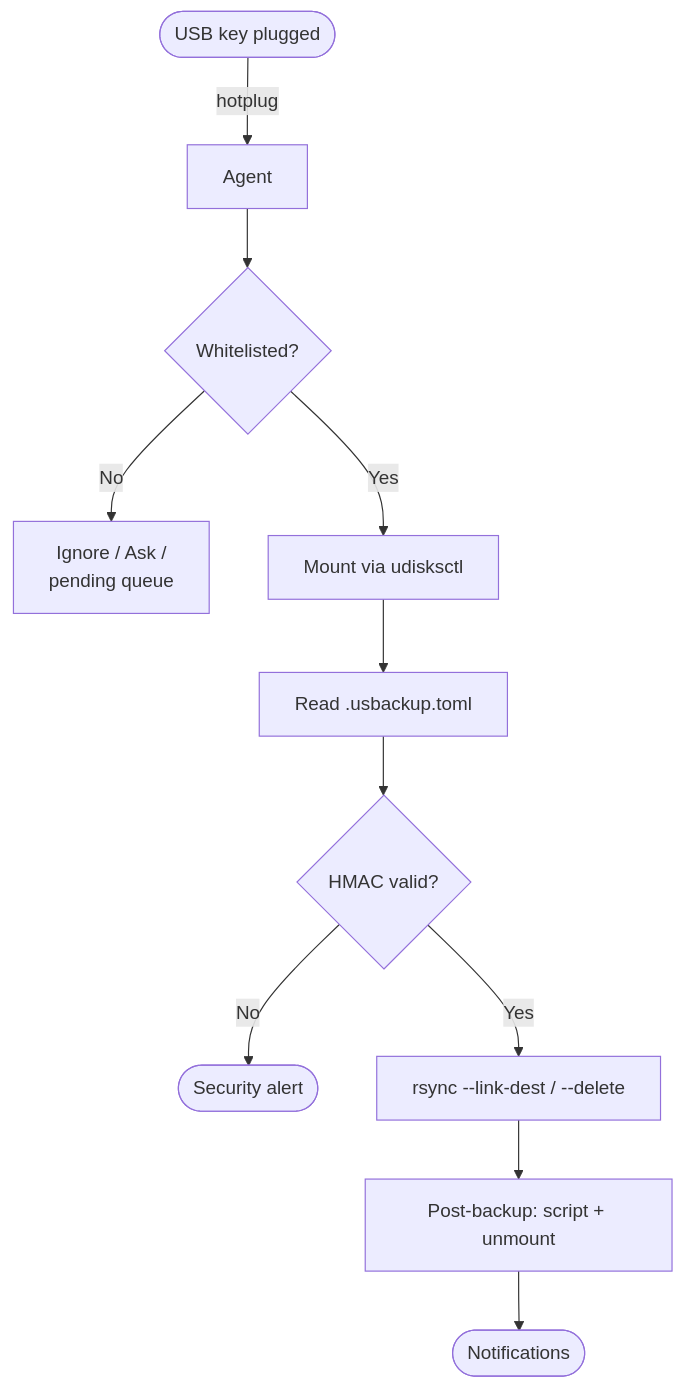
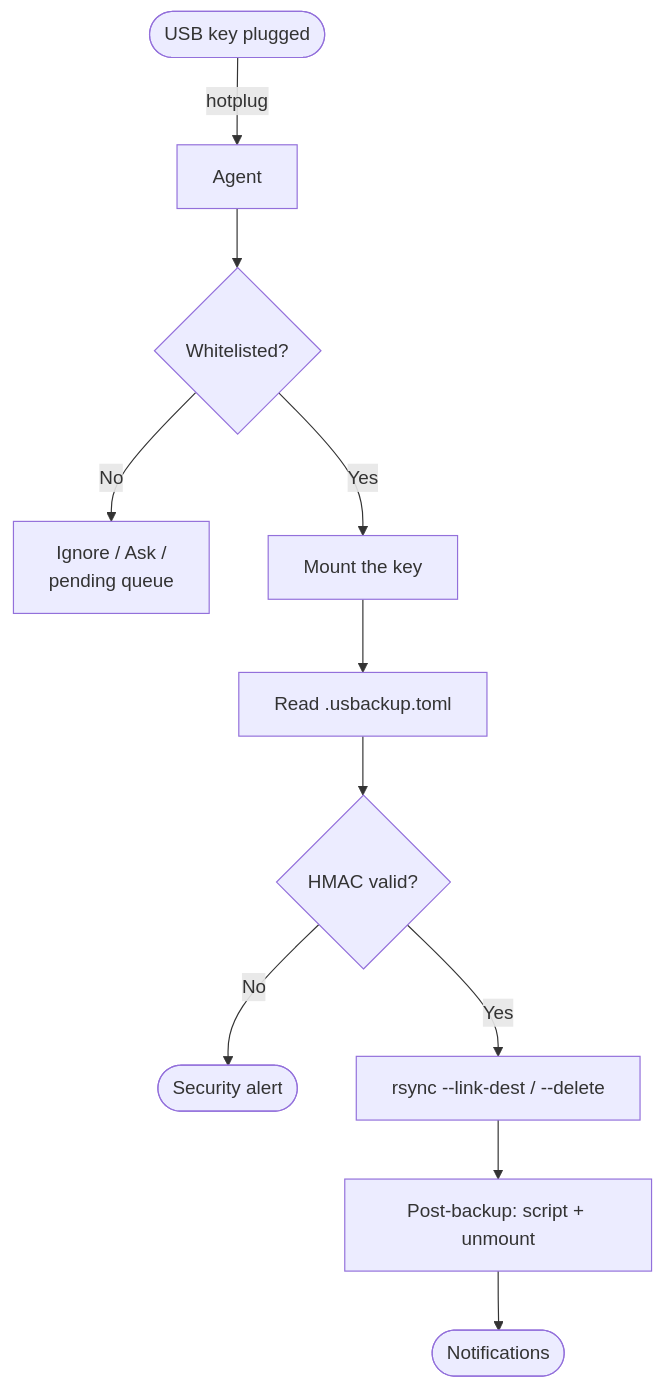
Before and after one commit to YoannDev90/USBackup: the diagram in README.md, drawn with Mermaid. The commit also changed other lines of this file and 3 other files, not shown here.

````diff
--- a/README.md
+++ b/README.md
@@ -174,13 +102,13 @@
 ```mermaid
 flowchart TB
     A([USB key plugged]) -->|hotplug| B[Agent]
     B --> C{Whitelisted?}
     C -->|No| D[Ignore / Ask /<br/>pending queue]
-    C -->|Yes| E[Mount via udisksctl]
+    C -->|Yes| E[Mount the key]
     E --> F[Read .usbackup.toml]
     F --> G{HMAC valid?}
     G -->|No| H([Security alert])
     G -->|Yes| I[rsync --link-dest / --delete]
     I --> J[Post-backup: script + unmount]
     J --> K([Notifications])
 ```
````
